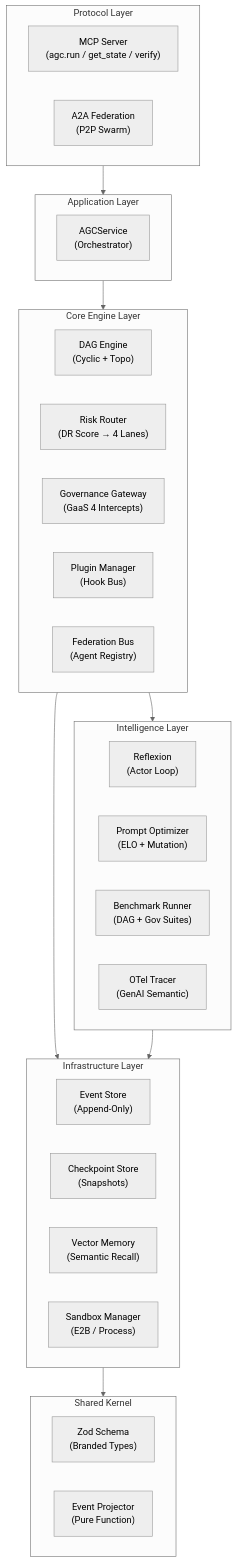
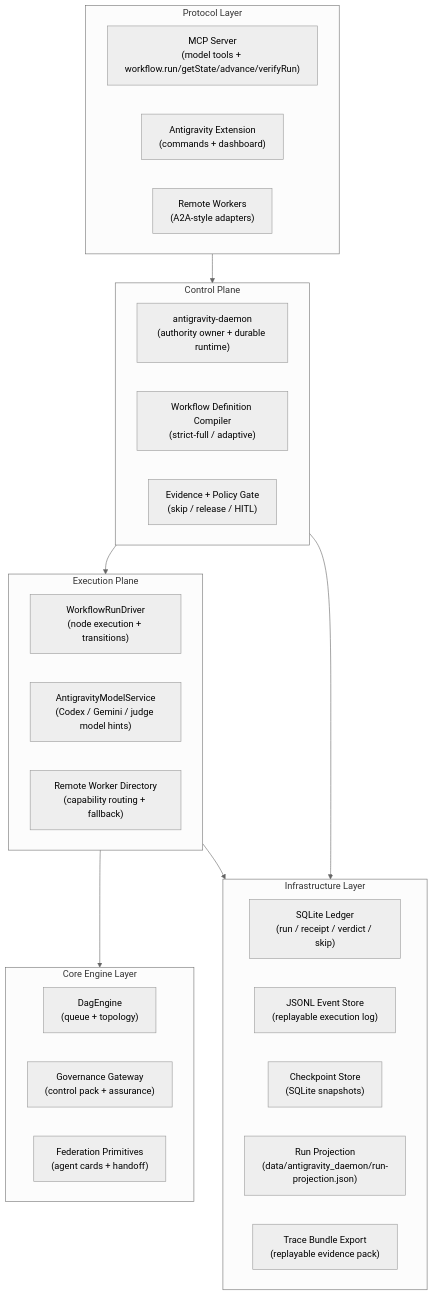
The diagram in docs/ARCHITECTURE.md (like3213934360-lab/conductor), drawn with Mermaid (neutral theme) before and after one commit. The commit also changed other lines of this file and 457 other files, not shown here.

Commit message:
feat(antigravity): finalize durable tribunal workflow runtime

````diff
--- a/docs/ARCHITECTURE.md
+++ b/docs/ARCHITECTURE.md
@@ -5,45 +5,40 @@
 ```mermaid
 graph TB
     subgraph Protocol["Protocol Layer"]
-        MCP["MCP Server\n(agc.run / get_state / verify)"]
-        A2A["A2A Federation\n(P2P Swarm)"]
+        MCP["MCP Server\n(model tools + workflow.run/getState/advance/verifyRun)"]
+        EXT["Antigravity Extension\n(commands + dashboard)"]
+        A2A["Remote Workers\n(A2A-style adapters)"]
     end
 
-    subgraph App["Application Layer"]
-        AGC["AGCService\n(Orchestrator)"]
+    subgraph Control["Control Plane"]
+        DAEMON["antigravity-daemon\n(authority owner + durable runtime)"]
+        DSL["Workflow Definition Compiler\n(strict-full / adaptive)"]
+        POLICY["Evidence + Policy Gate\n(skip / release / HITL)"]
+    end
+
+    subgraph Exec["Execution Plane"]
+        DRIVER["WorkflowRunDriver\n(node execution + transitions)"]
+        HUB["AntigravityModelService\n(Codex / Gemini / judge model hints)"]
+        REMOTE["Remote Worker Directory\n(capability routing + fallback)"]
     end
 
     subgraph Core["Core Engine Layer"]
-        DAG["DAG Engine\n(Cyclic + Topo)"]
-        RISK["Risk Router\n(DR Score → 4 Lanes)"]
-        GOV["Governance Gateway\n(GaaS 4 Intercepts)"]
-        PLUGIN["Plugin Manager\n(Hook Bus)"]
-        FED["Federation Bus\n(Agent Registry)"]
-    end
-
-    subgraph Intelligence["Intelligence Layer"]
-        REF["Reflexion\n(Actor Loop)"]
-        OPT["Prompt Optimizer\n(ELO + Mutation)"]
-        BENCH["Benchmark Runner\n(DAG + Gov Suites)"]
-        OTEL["OTel Tracer\n(GenAI Semantic)"]
+        DAG["DagEngine\n(queue + topology)"]
+        GOV["Governance Gateway\n(control pack + assurance)"]
+        FED["Federation Primitives\n(agent cards + handoff)"]
     end
 
     subgraph Infra["Infrastructure Layer"]
-        ES["Event Store\n(Append-Only)"]
-        CP["Checkpoint Store\n(Snapshots)"]
-        VEC["Vector Memory\n(Semantic Recall)"]
-        SAND["Sandbox Manager\n(E2B / Process)"]
+        LEDGER["SQLite Ledger\n(run / receipt / verdict / skip)"]
+        EVENTS["JSONL Event Store\n(replayable execution log)"]
+        CP["Checkpoint Store\n(SQLite snapshots)"]
+        PROJECTION["Run Projection\n(data/antigravity_daemon/run-projection.json)"]
+        TRACE["Trace Bundle Export\n(replayable evidence pack)"]
     end
 
-    subgraph Shared["Shared Kernel"]
-        TYPES["Zod Schema\n(Branded Types)"]
-        PROJ["Event Projector\n(Pure Function)"]
-    end
-
-    Protocol --> App
-    App --> Core
-    Core --> Intelligence
-    Core --> Infra
-    Intelligence --> Infra
-    Infra --> Shared
+    Protocol --> Control
+    Control --> Exec
+    Exec --> Core
+    Control --> Infra
+    Exec --> Infra
 ```
````
